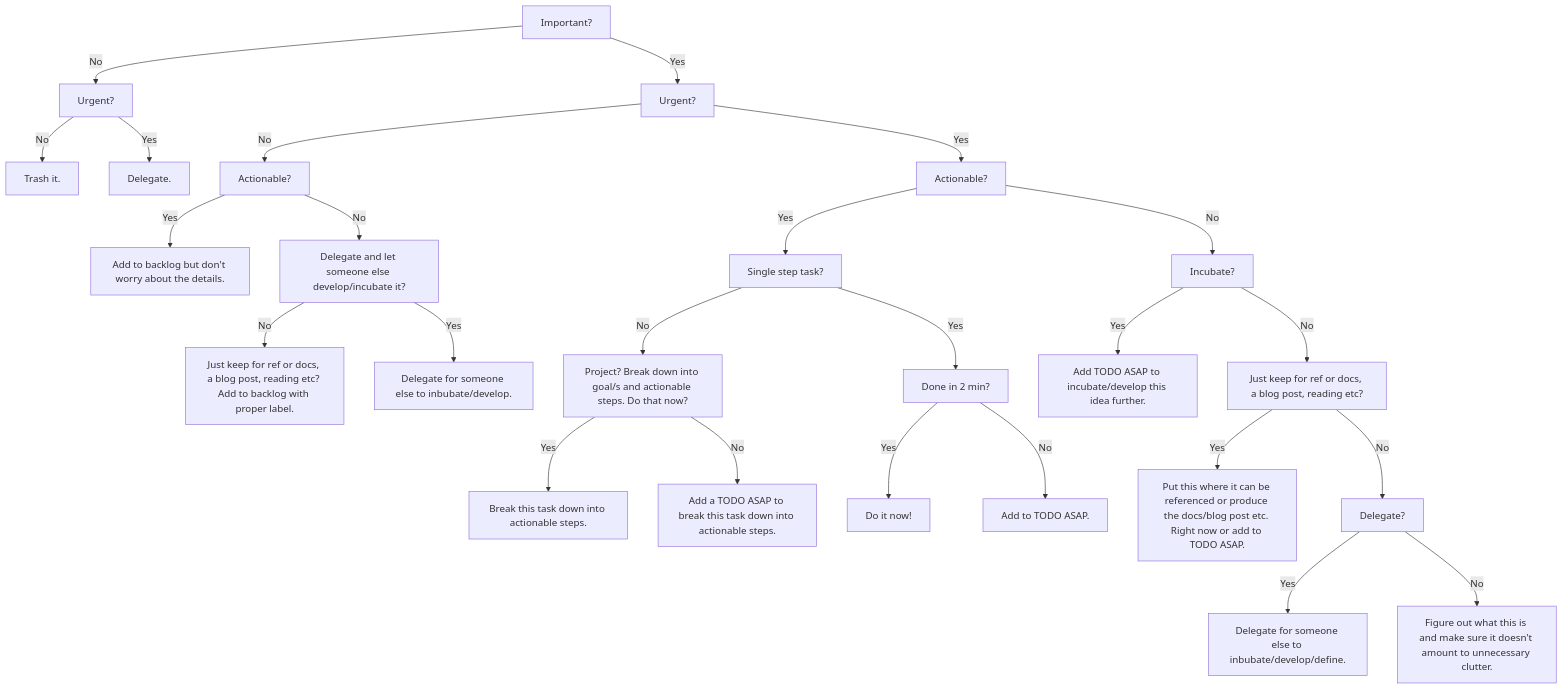
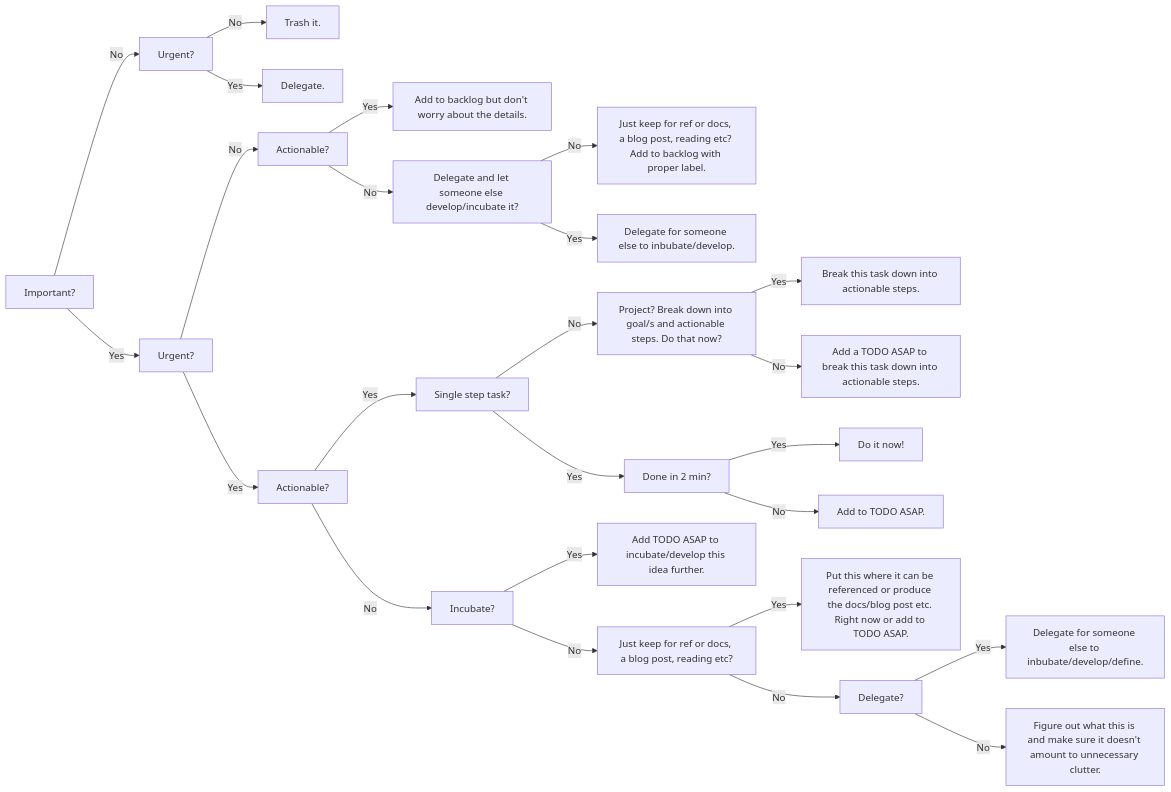
Before and after one commit to davidberglund/getting_things_done: the diagram in gtd.mmd, drawn with Mermaid. The commit also changed 2 other files, not shown here.

```diff
--- a/gtd.mmd
+++ b/gtd.mmd
@@ -1,38 +1,38 @@
-graph TD
+flowchart LR
     Important[Important?]
 
     Important -->|No| ImportantNoUrgent[Urgent?]
     Important -->|Yes| ImportantYesUrgent[Urgent?]
 
     ImportantNoUrgent -->|No| ImportantNoUrgentNo[Trash it.]
     ImportantNoUrgent -->|Yes| ImportantNoUrgentYesActionable[Delegate.]
 
     ImportantYesUrgent -->|No| ImportantYesUrgentNoActionable[Actionable?]
     ImportantYesUrgent -->|Yes| ImportantYesUrgentYesActionable[Actionable?]
 
     ImportantYesUrgentNoActionable -->|Yes| ImportantYesUrgentNoActionableYes[Add to backlog but don't worry about the details.]
     ImportantYesUrgentNoActionable -->|No| ImportantYesUrgentNoActionableNoDelegate[Delegate and let someone else develop/incubate it?]
 
     ImportantYesUrgentNoActionableNoDelegate -->|No| ImportantYesUrgentNoActionableNoDelegateNo[Just keep for ref or docs, a blog post, reading etc? Add to backlog with proper label.]
     ImportantYesUrgentNoActionableNoDelegate -->|Yes| ImportantYesUrgentNoActionableNoDelegateYes[Delegate for someone else to inbubate/develop.]
 
     ImportantYesUrgentYesActionable -->|Yes| ImportantYesUrgentYesActionableYesSingleStepTask[Single step task?]
     ImportantYesUrgentYesActionable -->|No| ImportantYesUrgentYesActionableNoIncubate[Incubate?]
     
     ImportantYesUrgentYesActionableYesSingleStepTask -->|Yes| ImportantYesUrgentYesActionableYesSingleStepTaskYesDoneIn2Mins[Done in 2 min?]
     ImportantYesUrgentYesActionableYesSingleStepTask -->|No| ImportantYesUrgentYesActionableYesSingleStepTaskNoIncubateNow[Project? Break down into goal/s and actionable steps. Do that now?]
 
     ImportantYesUrgentYesActionableYesSingleStepTaskNoIncubateNow -->|Yes| ImportantYesUrgentYesActionableYesSingleStepTaskNoIncubateNowYes[Break this task down into actionable steps.]
     ImportantYesUrgentYesActionableYesSingleStepTaskNoIncubateNow -->|No| ImportantYesUrgentYesActionableYesSingleStepTaskNoIncubateNowNo[Add a TODO ASAP to break this task down into actionable steps.]
 
     ImportantYesUrgentYesActionableYesSingleStepTaskYesDoneIn2Mins -->|Yes| ImportantYesUrgentYesActionableYesSingleStepTaskYesDoneIn2MinsYes[Do it now!]
     ImportantYesUrgentYesActionableYesSingleStepTaskYesDoneIn2Mins -->|No| ImportantYesUrgentYesActionableYesSingleStepTaskYesDoneIn2MinsNo[Add to TODO ASAP.]
 
     ImportantYesUrgentYesActionableNoIncubate -->|Yes| ImportantYesUrgentYesActionableNoIncubateYes[Add TODO ASAP to incubate/develop this idea further.]
     ImportantYesUrgentYesActionableNoIncubate -->|No| ImportantYesUrgentYesActionableNoIncubateNoReference[Just keep for ref or docs, a blog post, reading etc?]
 
     ImportantYesUrgentYesActionableNoIncubateNoReference -->|Yes| ImportantYesUrgentYesActionableNoIncubateNoReferenceYes[Put this where it can be referenced or produce the docs/blog post etc. Right now or add to TODO ASAP.]
     ImportantYesUrgentYesActionableNoIncubateNoReference -->|No| ImportantYesUrgentYesActionableNoIncubateNoReferenceNoDelegate[Delegate?]
 
     ImportantYesUrgentYesActionableNoIncubateNoReferenceNoDelegate -->|Yes| ImportantYesUrgentYesActionableNoIncubateNoReferenceNoDelegateYes[Delegate for someone else to inbubate/develop/define.]
     ImportantYesUrgentYesActionableNoIncubateNoReferenceNoDelegate -->|No| ImportantYesUrgentYesActionableNoIncubateNoReferenceNoDelegateNo[Figure out what this is and make sure it doesn't amount to unnecessary clutter.]
```
